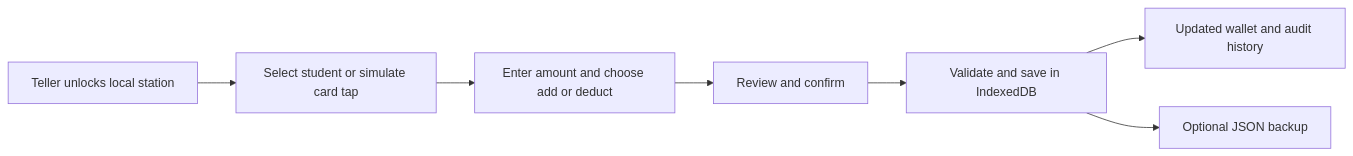
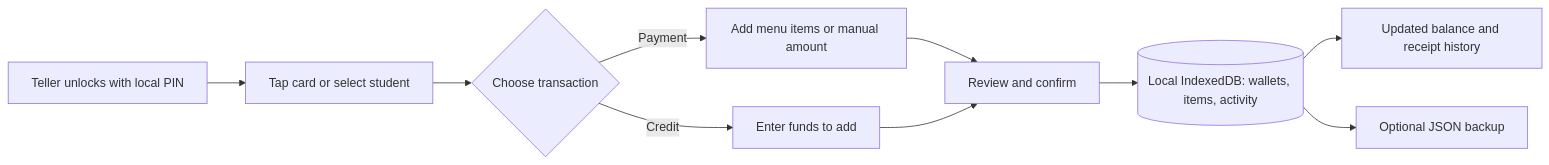
The diagram in README.md (Ramyl-Salazar/PATTS-POS), drawn with Mermaid before and after one commit. The commit also changed other lines of this file and 73 other files, not shown here.

````diff
--- a/README.md
+++ b/README.md
@@ -29,9 +21,12 @@
 ```mermaid
 flowchart LR
-  A[Teller unlocks local station] --> B[Select student or simulate card tap]
-  B --> C[Enter amount and choose add or deduct]
-  C --> D[Review and confirm]
-  D --> E[Validate and save in IndexedDB]
-  E --> F[Updated wallet and audit history]
-  E --> G[Optional JSON backup]
+  A[Teller unlocks with local PIN] --> B[Tap card or select student]
+  B --> C{Choose transaction}
+  C -->|Payment| D[Add menu items or manual amount]
+  C -->|Credit| E[Enter funds to add]
+  D --> F[Review and confirm]
+  E --> F
+  F --> G[(Local IndexedDB: wallets, items, activity)]
+  G --> H[Updated balance and receipt history]
+  G --> I[Optional JSON backup]
 ```
````
